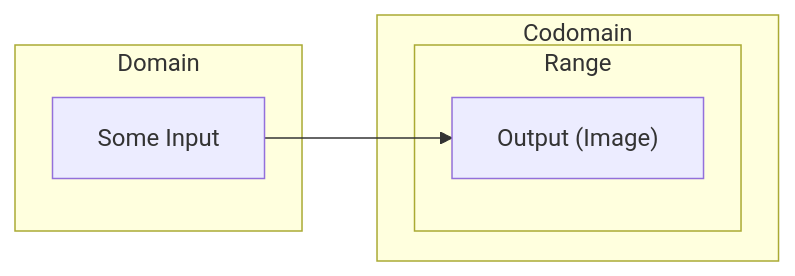
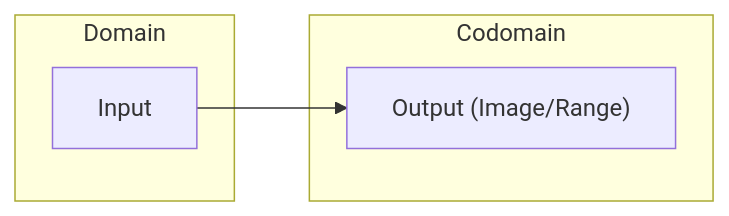
One commit to 0tickpulse/0tick.io changed the first of 3 diagrams in docs/notes/maths/Linear Algebra/Linear Transformations.mdx. Above: the diagram before and after it, drawn with Mermaid. The commit also changed other lines of this file and 11 other files, not shown here.

````diff
--- a/docs/notes/maths/Linear Algebra/Linear Transformations.mdx
+++ b/docs/notes/maths/Linear Algebra/Linear Transformations.mdx
@@ -129,12 +129,10 @@
 ```mermaid
 flowchart LR
     subgraph "Domain"
-        A["Some Input"]
+        A["Input"]
     end
     subgraph "Codomain"
-        subgraph "Range"
-            B["Output (Image)"]
-        end
+        B["Output (Image/Range)"]
     end
     A --> B
 ```
````
